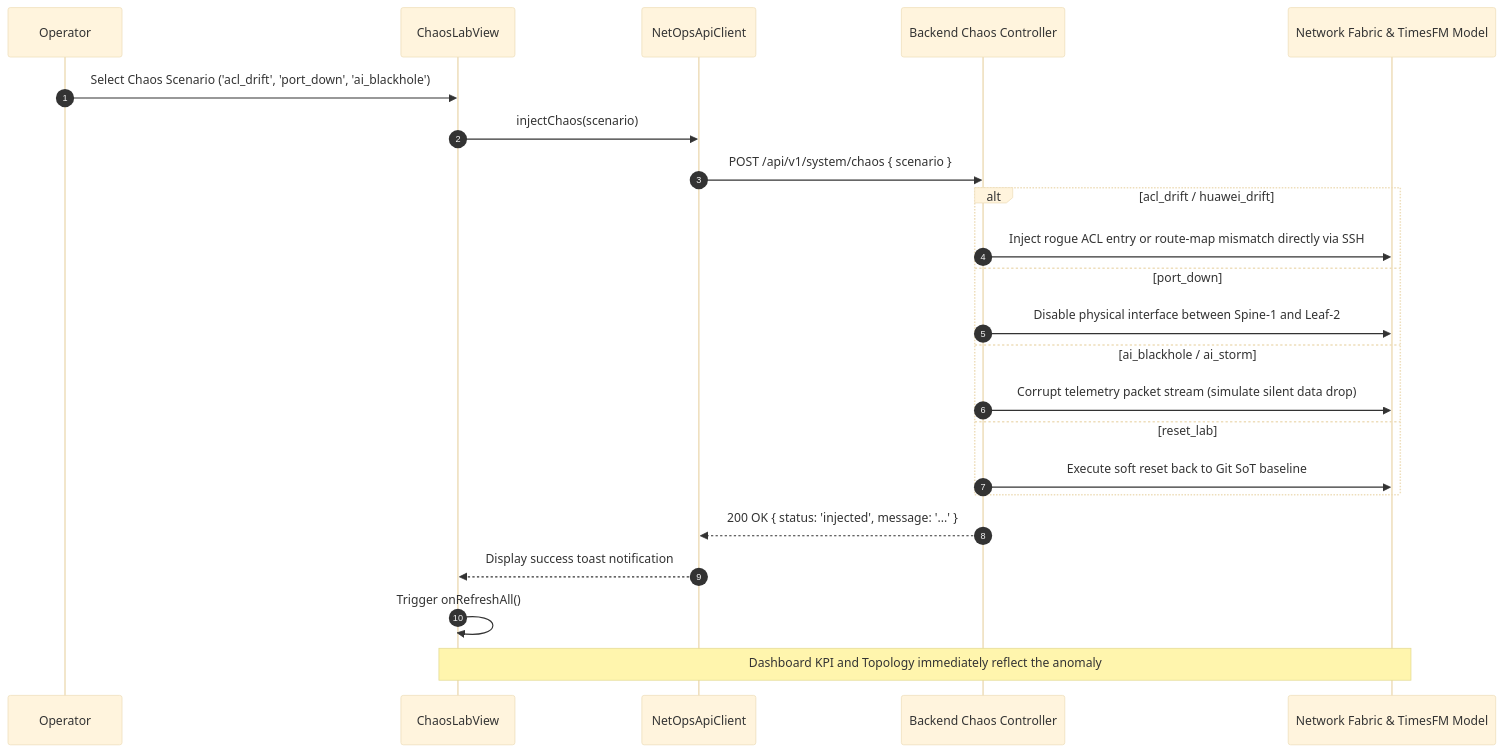
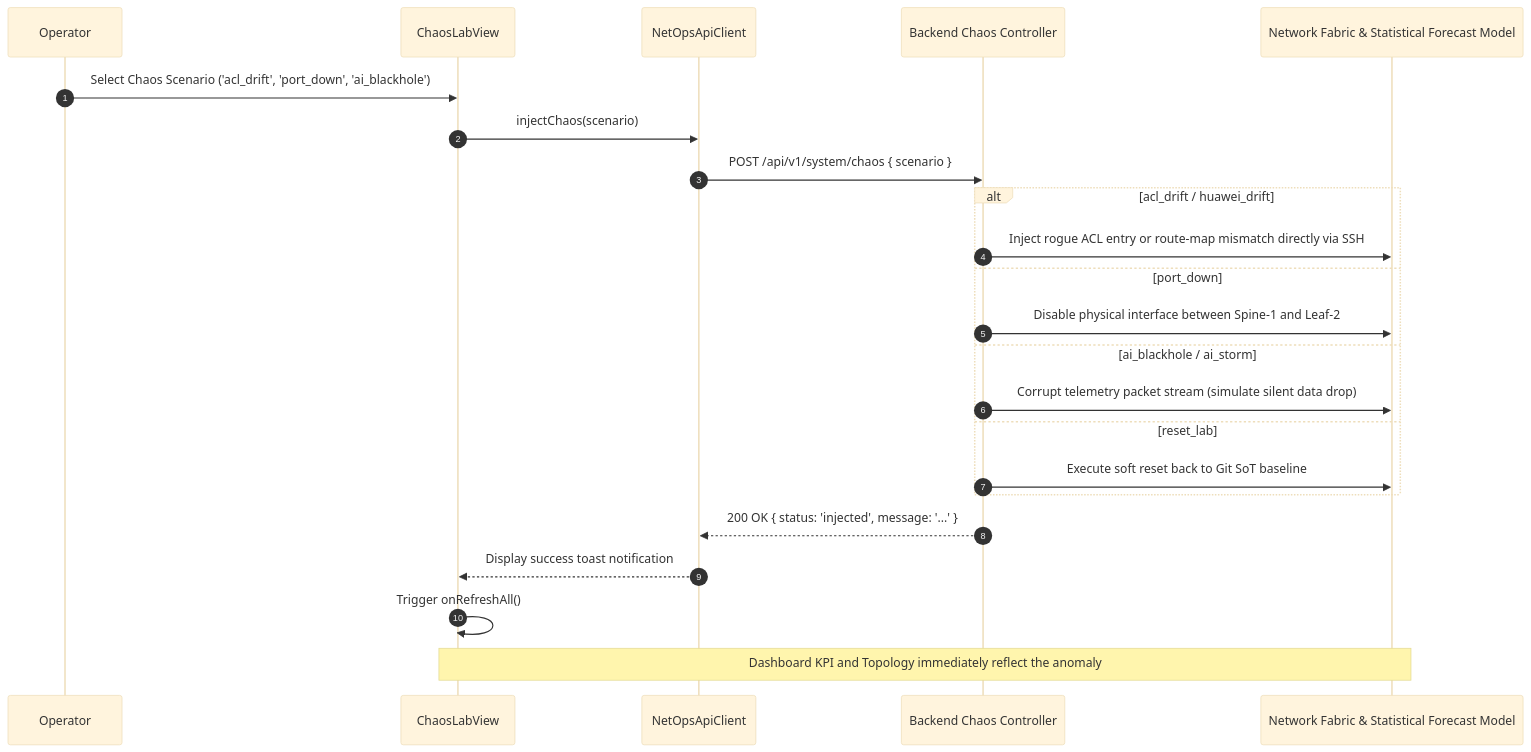
The sixth of 6 diagrams in frontend/ARCHITECTURE.md (Vazilll/CROC-DREAM-NetOps-Platform), drawn with Mermaid (base theme) before and after one commit. The commit also changed other lines of this file and 84 other files, not shown here.

````diff
--- a/frontend/ARCHITECTURE.md
+++ b/frontend/ARCHITECTURE.md
@@ -328,28 +328,28 @@
 ```mermaid
 sequenceDiagram
     autonumber
     participant OP as Operator
     participant CL as ChaosLabView
     participant API as NetOpsApiClient
     participant BE as Backend Chaos Controller
-    participant NET as Network Fabric & TimesFM Model
+    participant NET as Network Fabric & Statistical Forecast Model
 
     OP->>CL: Select Chaos Scenario ('acl_drift', 'port_down', 'ai_blackhole')
     CL->>API: injectChaos(scenario)
     API->>BE: POST /api/v1/system/chaos { scenario }
     
     alt acl_drift / huawei_drift
         BE->>NET: Inject rogue ACL entry or route-map mismatch directly via SSH
     else port_down
         BE->>NET: Disable physical interface between Spine-1 and Leaf-2
     else ai_blackhole / ai_storm
         BE->>NET: Corrupt telemetry packet stream (simulate silent data drop)
     else reset_lab
         BE->>NET: Execute soft reset back to Git SoT baseline
     end
 
     BE-->>API: 200 OK { status: 'injected', message: '...' }
     API-->>CL: Display success toast notification
     CL->>CL: Trigger onRefreshAll()
     Note over CL,NET: Dashboard KPI and Topology immediately reflect the anomaly
 ```
````
